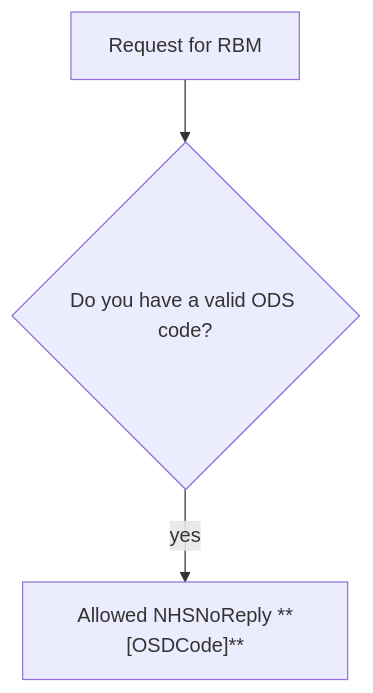
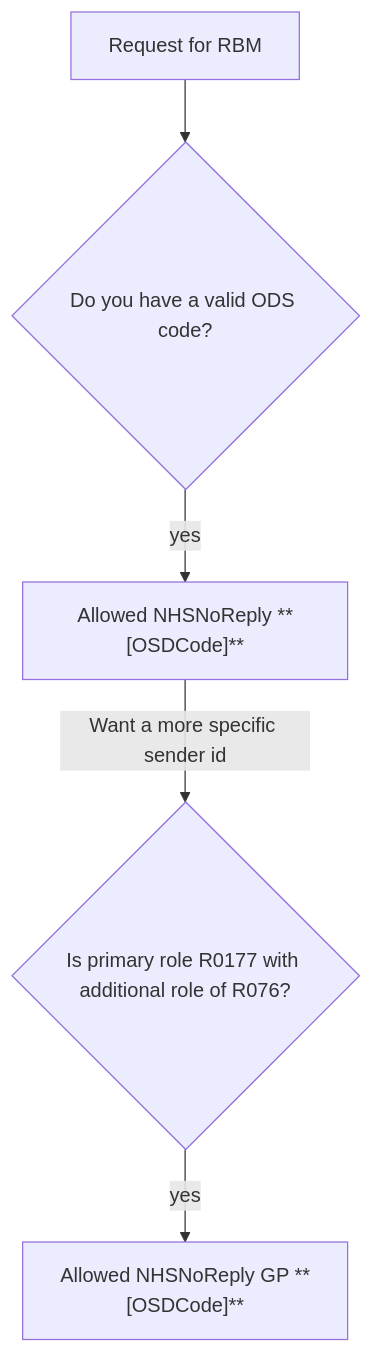
One commit to NHSDigital/senderid changed the diagram in README.md. Above: the diagram before and after it, drawn with Mermaid. The commit also changed other lines of this file, not shown here.

Commit message:
add mermaid rule 2.

````diff
--- a/README.md
+++ b/README.md
@@ -43,9 +43,13 @@
 ```mermaid
 
 flowchart TD;
   questionOne[Request for RBM]
   decisonOne{Do you have a valid ODS code?}
   questionOne-->decisonOne
   ruleOne[Allowed NHSNoReply **#91;OSDCode#93;**]
   decisonOne--yes-->ruleOne
+  questionTwo{Is primary role R0177 with additional role of R076?}
+  ruleOne--Want a more specific sender id-->questionTwo
+  ruleTwo[Allowed NHSNoReply GP **#91;OSDCode#93;**]
+  questionTwo--yes-->ruleTwo
 ```
````
